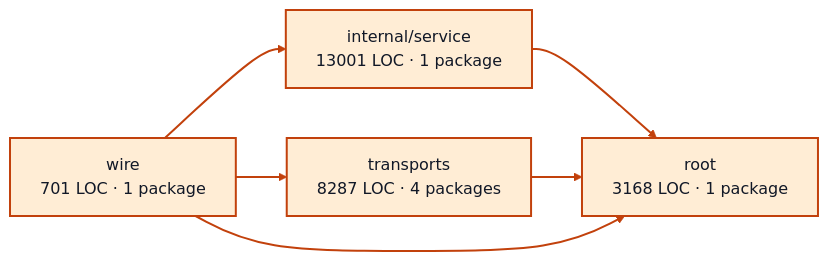
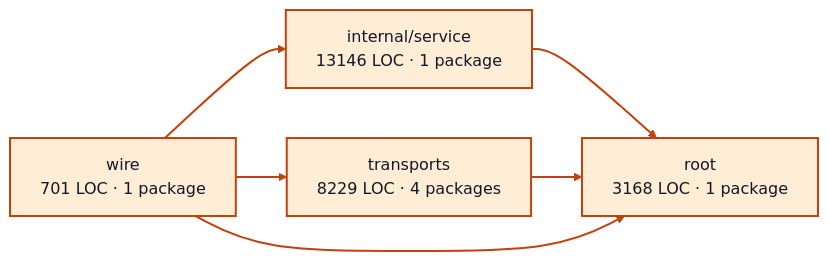
One commit to portpowered/you-agent-factory changed the diagram in docs/architecture/visualizations/services/worker_sessions.md. Above: the diagram before and after it, drawn with Mermaid. The commit also changed other lines of this file and 20 other files, not shown here.

Commit message:
docs: refresh backend architecture visualizations

````diff
--- a/docs/architecture/visualizations/services/worker_sessions.md
+++ b/docs/architecture/visualizations/services/worker_sessions.md
@@ -11,17 +11,17 @@
 ```mermaid
 flowchart LR
-  p0["internal/service<br/>13001 LOC · 1 package"]
+  p0["internal/service<br/>13146 LOC · 1 package"]
   p1["root<br/>3168 LOC · 1 package"]
-  p2["transports<br/>8287 LOC · 4 packages"]
+  p2["transports<br/>8229 LOC · 4 packages"]
   p3["wire<br/>701 LOC · 1 package"]
   p0 --> p1
   p2 --> p1
   p3 --> p0
   p3 --> p1
   p3 --> p2
   style p0 fill:#ffedd5,stroke:#c2410c,stroke-width:2px,color:#111827
   style p1 fill:#ffedd5,stroke:#c2410c,stroke-width:2px,color:#111827
   style p2 fill:#ffedd5,stroke:#c2410c,stroke-width:2px,color:#111827
   style p3 fill:#ffedd5,stroke:#c2410c,stroke-width:2px,color:#111827
   linkStyle default stroke:#c2410c,stroke-width:2px
 ```
````
